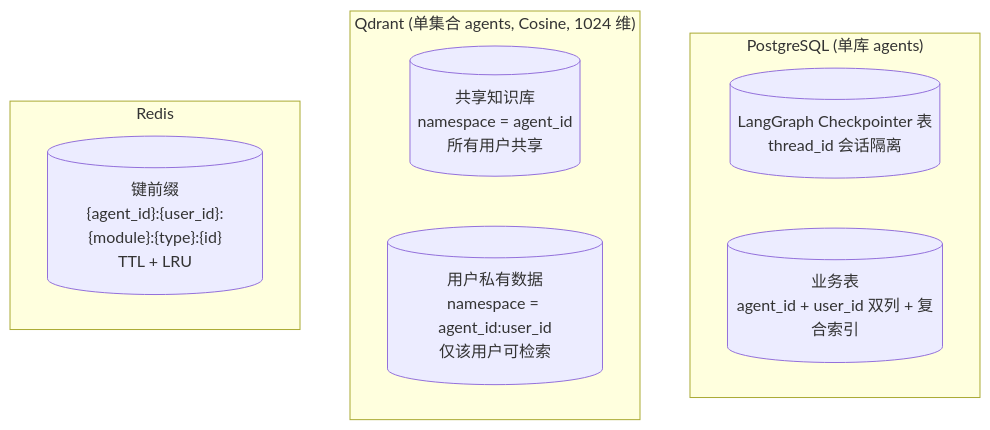
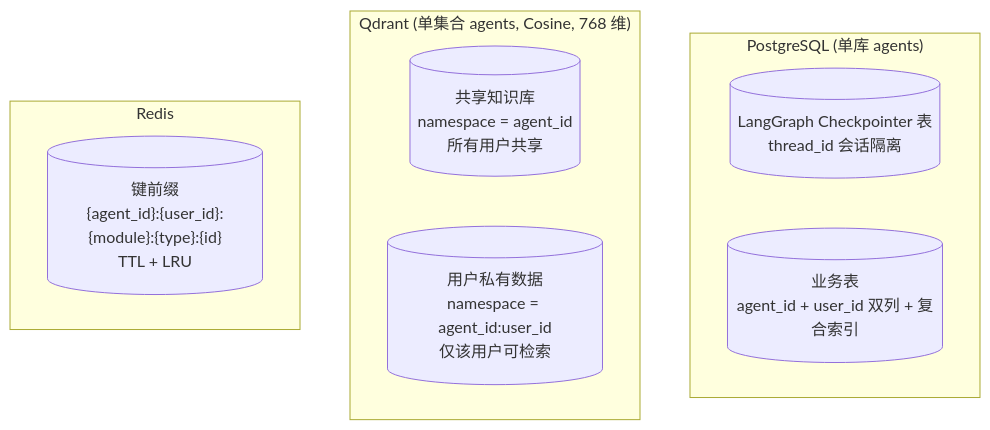
The fifth of 8 diagrams in docs/architecture.md (AgentInsight/agentinsight-researcher), drawn with Mermaid before and after one commit. The commit also changed other lines of this file and 55 other files, not shown here.

````diff
--- a/docs/architecture.md
+++ b/docs/architecture.md
@@ -215,14 +215,14 @@
 ```mermaid
 flowchart TB
     subgraph PostgreSQL["PostgreSQL (单库 agents)"]
         CK[("LangGraph Checkpointer 表<br/>thread_id 会话隔离")]
         BT[("业务表<br/>agent_id + user_id 双列 + 复合索引")]
     end
-    subgraph Qdrant["Qdrant (单集合 agents, Cosine, 1024 维)"]
+    subgraph Qdrant["Qdrant (单集合 agents, Cosine, 768 维)"]
         SH[("共享知识库<br/>namespace = agent_id<br/>所有用户共享")]
         PR[("用户私有数据<br/>namespace = agent_id:user_id<br/>仅该用户可检索")]
     end
     subgraph Redis["Redis"]
         RK[("键前缀<br/>{agent_id}:{user_id}:{module}:{type}:{id}<br/>TTL + LRU")]
     end
 ```
````
